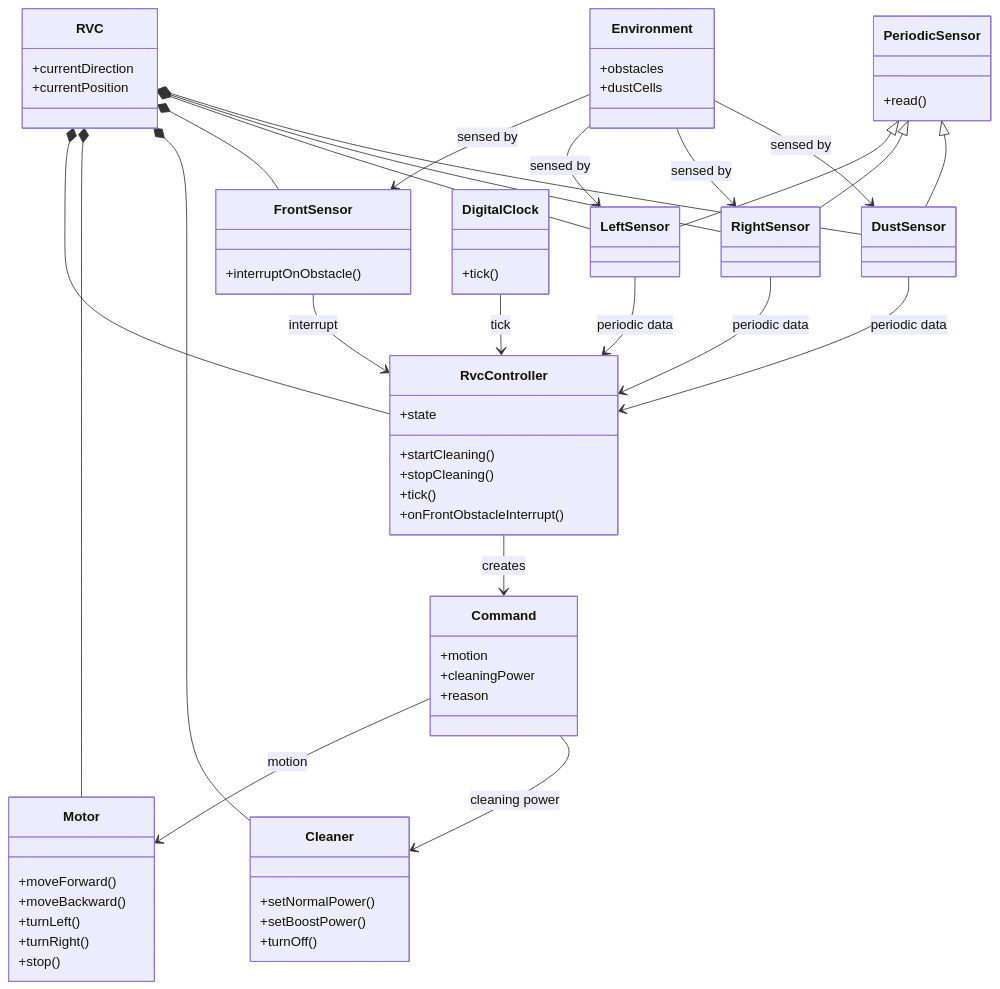
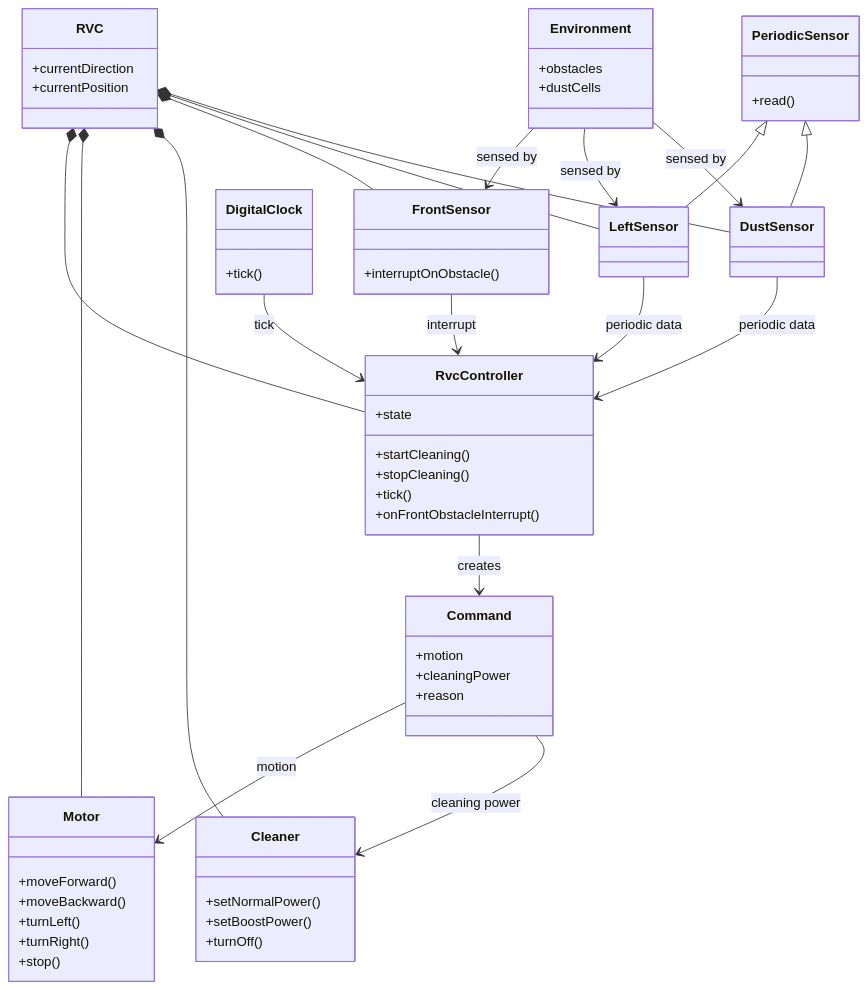
The first of 7 diagrams in docs/srs.md (reload02/ooad-vibe), drawn with Mermaid before and after one commit. The commit also changed other lines of this file and 21 other files, not shown here.

First line of the commit message:
Refactor RvcController to implement right probing behavior and update related components

````diff
--- a/docs/srs.md
+++ b/docs/srs.md
@@ -90,79 +93,74 @@
 ```mermaid
 classDiagram
     class RVC {
         +currentDirection
         +currentPosition
     }
 
     class RvcController {
         +state
         +startCleaning()
         +stopCleaning()
         +tick()
         +onFrontObstacleInterrupt()
     }
 
     class FrontSensor {
         +interruptOnObstacle()
     }
 
     class PeriodicSensor {
         +read()
     }
 
     class LeftSensor
-    class RightSensor
     class DustSensor
 
     class DigitalClock {
         +tick()
     }
 
     class Motor {
         +moveForward()
         +moveBackward()
         +turnLeft()
         +turnRight()
         +stop()
     }
 
     class Cleaner {
         +setNormalPower()
         +setBoostPower()
         +turnOff()
     }
 
     class Environment {
         +obstacles
         +dustCells
     }
 
     class Command {
         +motion
         +cleaningPower
         +reason
     }
 
     RVC *-- RvcController
     RVC *-- Motor
     RVC *-- Cleaner
     RVC *-- FrontSensor
     RVC *-- LeftSensor
-    RVC *-- RightSensor
     RVC *-- DustSensor
     PeriodicSensor <|-- LeftSensor
-    PeriodicSensor <|-- RightSensor
     PeriodicSensor <|-- DustSensor
     DigitalClock --> RvcController : tick
     FrontSensor --> RvcController : interrupt
     LeftSensor --> RvcController : periodic data
-    RightSensor --> RvcController : periodic data
     DustSensor --> RvcController : periodic data
     RvcController --> Command : creates
     Command --> Motor : motion
     Command --> Cleaner : cleaning power
     Environment --> FrontSensor : sensed by
     Environment --> LeftSensor : sensed by
-    Environment --> RightSensor : sensed by
     Environment --> DustSensor : sensed by
 ```
````
